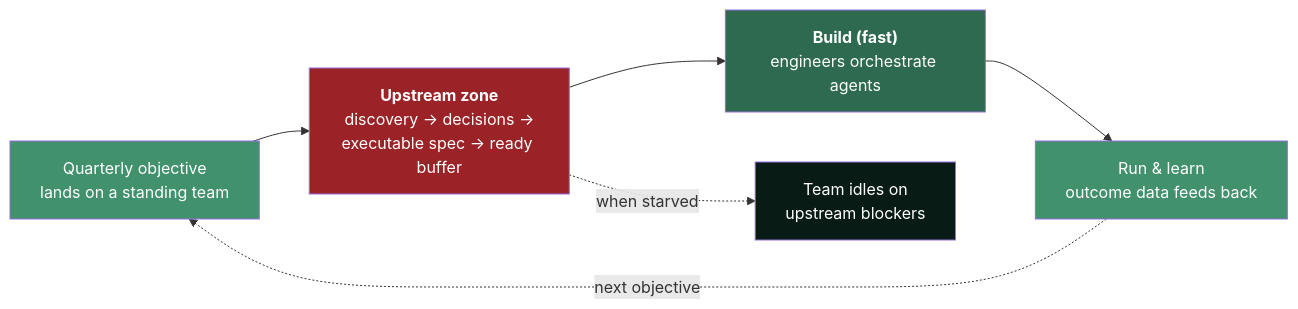
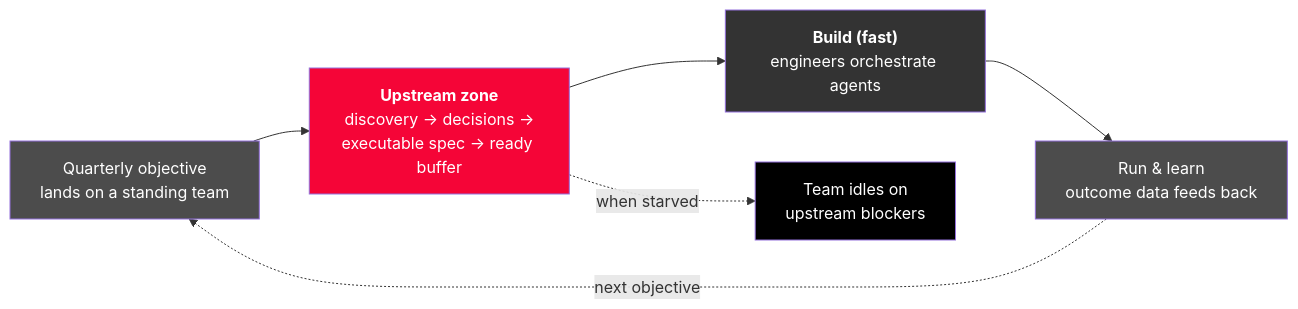
Before and after one commit to RED-Internal-Development/delivery-operating-model: the first of 3 diagrams in docs/executive-summary.md, drawn with Mermaid. The commit also changed other lines of this file and 1 other file, not shown here.

Commit message:
style(diagrams): recolor executive-summary and model-at-a-glance to Audi RED brand

````diff
--- a/docs/executive-summary.md
+++ b/docs/executive-summary.md
@@ -19,15 +19,15 @@
 ```mermaid
 flowchart LR
     OBJ["Quarterly objective<br/>lands on a standing team"] --> UP["<b>Upstream zone</b><br/>discovery → decisions →<br/>executable spec → ready buffer"]
     UP --> BUILD["<b>Build (fast)</b><br/>engineers orchestrate agents"]
     BUILD --> RUN["Run & learn<br/>outcome data feeds back"]
     RUN -. "next objective" .-> OBJ
 
     UP -.->|"when starved"| STALL["Team idles on<br/>upstream blockers"]
 
-    style OBJ fill:#40916c,color:#fff
-    style UP fill:#9b2226,color:#fff
-    style BUILD fill:#2d6a4f,color:#fff
-    style RUN fill:#40916c,color:#fff
-    style STALL fill:#081c15,color:#fff
+    style OBJ fill:#4C4C4C,color:#fff
+    style UP fill:#F50537,color:#fff
+    style BUILD fill:#333333,color:#fff
+    style RUN fill:#4C4C4C,color:#fff
+    style STALL fill:#000000,color:#fff
 ```
````
